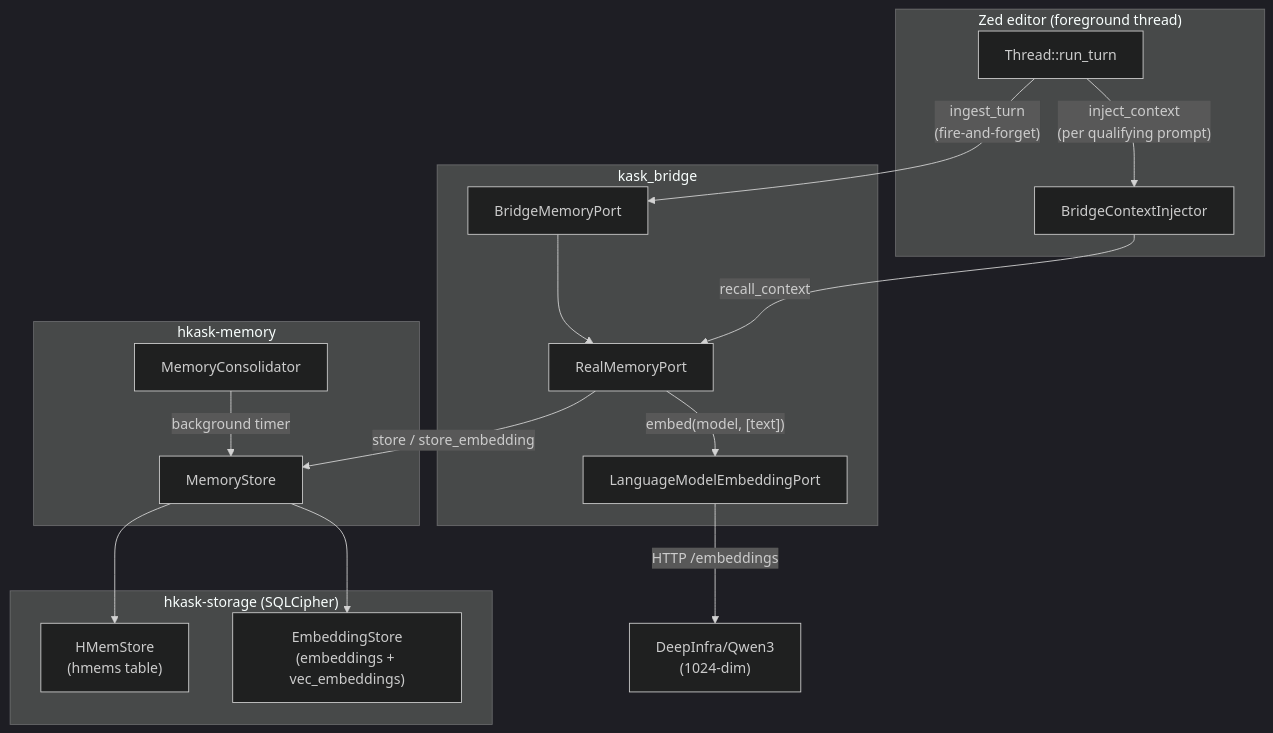
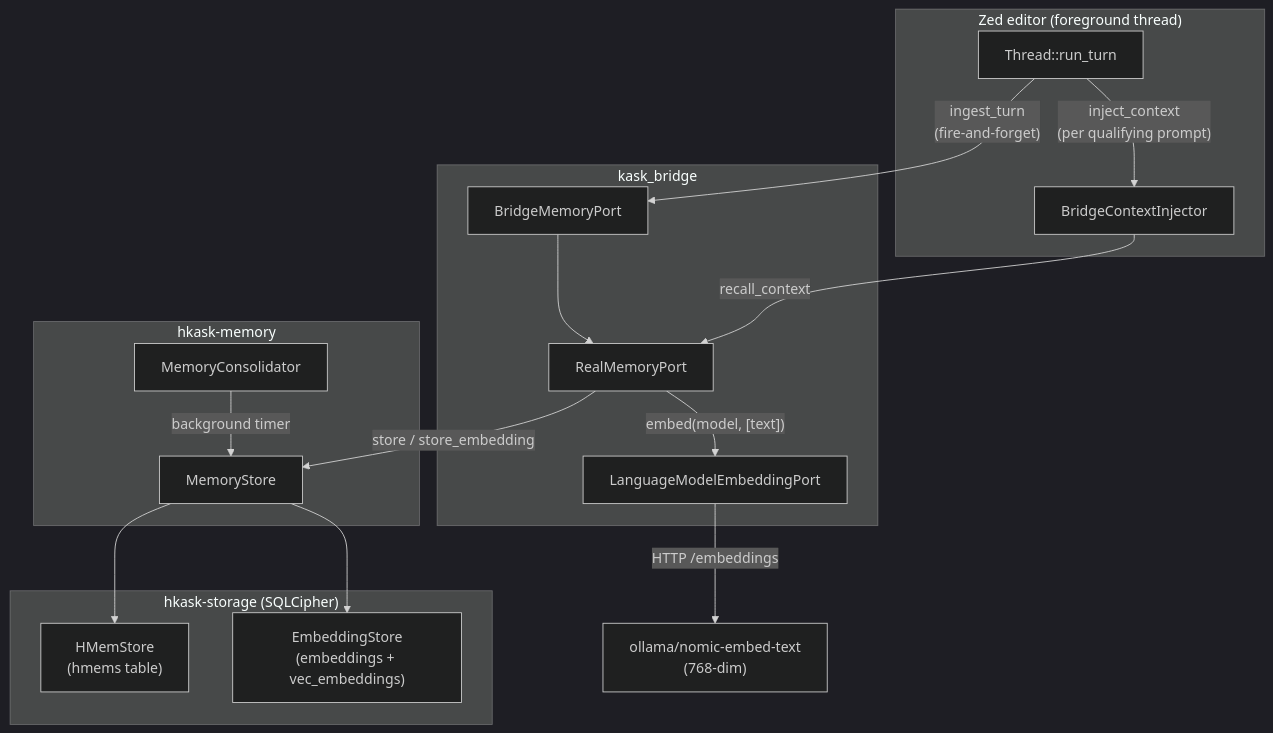
One commit to mdz-axo/zed-kask changed the diagram in kask/docs/architecture/memory-system-specification.md. Above: the diagram before and after it, drawn with Mermaid (dark theme). The commit also changed other lines of this file and 21 other files, not shown here.

First line of the commit message:
Simplify convergence tracker and remove DeepInfra

````diff
--- a/kask/docs/architecture/memory-system-specification.md
+++ b/kask/docs/architecture/memory-system-specification.md
@@ -49,31 +49,31 @@
 ```mermaid
 flowchart TD
     subgraph Zed["Zed editor (foreground thread)"]
         Thread["Thread::run_turn"]
         Injector["BridgeContextInjector"]
     end
     subgraph Bridge["kask_bridge"]
         RealMemoryPort["RealMemoryPort"]
         EmbedPort["LanguageModelEmbeddingPort"]
         Condenser["BridgeMemoryPort"]
     end
     subgraph Memory["hkask-memory"]
         MemStore["MemoryStore"]
         Consolidator["MemoryConsolidator"]
     end
     subgraph Storage["hkask-storage (SQLCipher)"]
         HMemStore["HMemStore<br/>(hmems table)"]
         EmbedStore["EmbeddingStore<br/>(embeddings + vec_embeddings)"]
     end
 
     Thread -->|"ingest_turn<br/>(fire-and-forget)"| Condenser
     Condenser --> RealMemoryPort
     Thread -->|"inject_context<br/>(per qualifying prompt)"| Injector
     Injector -->|"recall_context"| RealMemoryPort
     RealMemoryPort -->|"store / store_embedding"| MemStore
     RealMemoryPort -->|"embed(model, [text])"| EmbedPort
-    EmbedPort -->|"HTTP /embeddings"| Provider["DeepInfra/Qwen3<br/>(1024-dim)"]
+    EmbedPort -->|"HTTP /embeddings"| Provider["ollama/nomic-embed-text<br/>(768-dim)"]
     MemStore --> HMemStore
     MemStore --> EmbedStore
     Consolidator -->|"background timer"| MemStore
 ```
````
